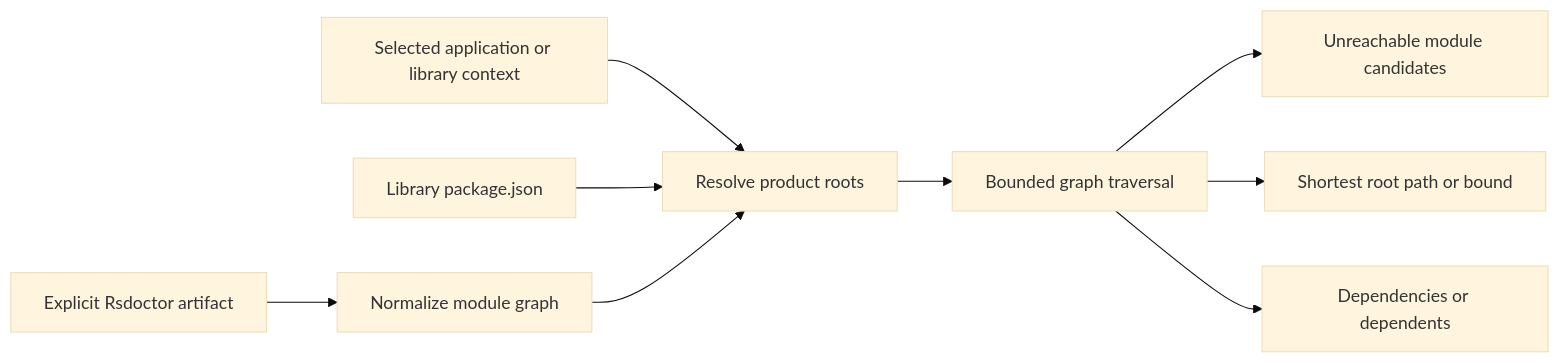
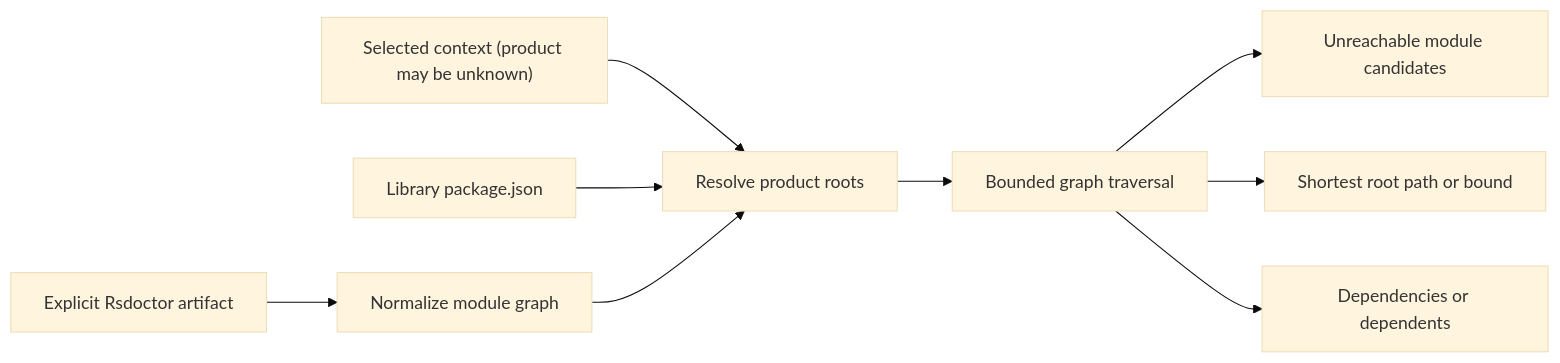
One commit to rstackjs/context changed the fourth of 8 diagrams in docs/rfc.md. Above: the diagram before and after it, drawn with Mermaid (base theme). The commit also changed other lines of this file and 4 other files, not shown here.

````diff
--- a/docs/rfc.md
+++ b/docs/rfc.md
@@ -291,11 +295,11 @@
 ```mermaid
 flowchart LR
   Artifact["Explicit Rsdoctor artifact"] --> Normalize["Normalize module graph"]
-  Context["Selected application or library context"] --> Roots["Resolve product roots"]
+  Context["Selected context (product may be unknown)"] --> Roots["Resolve product roots"]
   Manifest["Library package.json"] --> Roots
   Normalize --> Roots
   Roots --> Traverse["Bounded graph traversal"]
   Traverse --> Candidates["Unreachable module candidates"]
   Traverse --> Explain["Shortest root path or bound"]
   Traverse --> Impact["Dependencies or dependents"]
 ```
````
